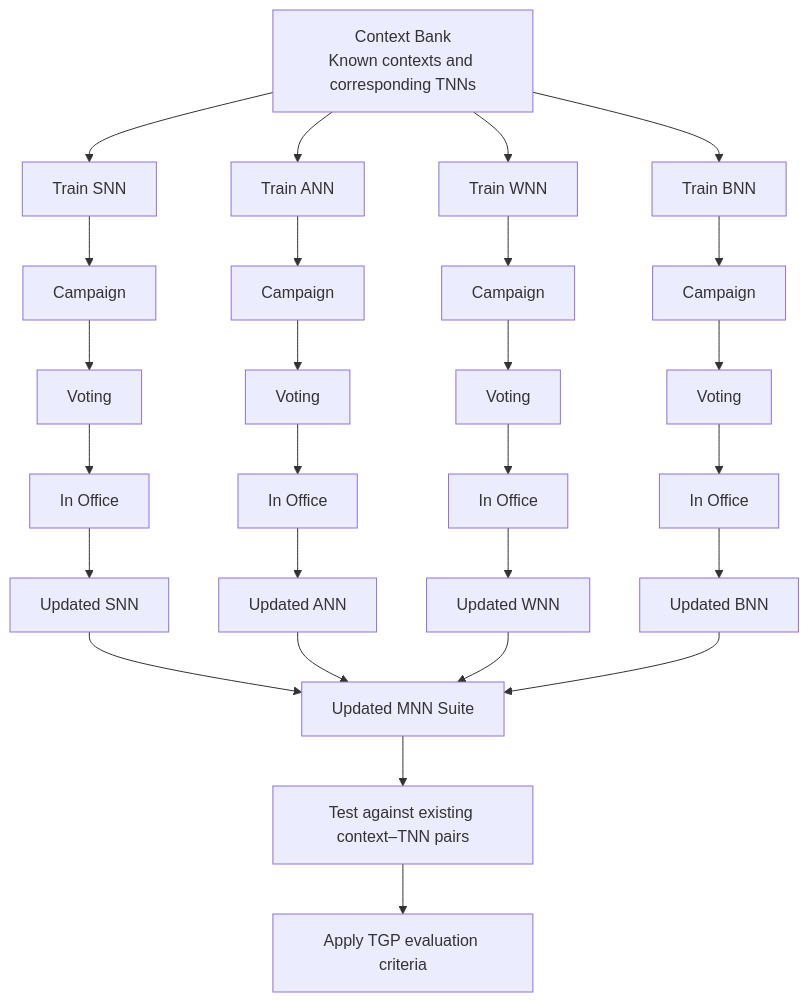
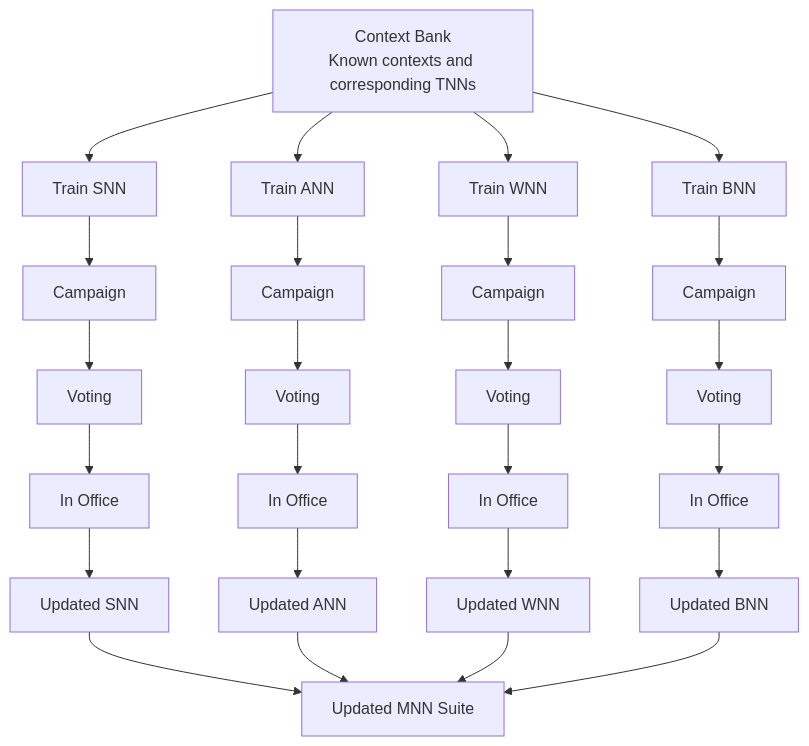
The third of 3 diagrams in README.md (ghetea-patrick/jitml), drawn with Mermaid before and after one commit.

Commit message:
Update README by removing validation details
Removed validation and criteria references from README.

````diff
--- a/README.md
+++ b/README.md
@@ -112,22 +112,19 @@
 ```mermaid
 flowchart TD
     Bank["Context Bank<br/>Known contexts and corresponding TNNs"]
 
     Bank --> TrainSNN["Train SNN"]
     Bank --> TrainANN["Train ANN"]
     Bank --> TrainWNN["Train WNN"]
     Bank --> TrainBNN["Train BNN"]
 
     TrainSNN --> CampaignSNN["Campaign"] --> VotingSNN["Voting"] --> OfficeSNN["In Office"] --> SNN["Updated SNN"]
     TrainANN --> CampaignANN["Campaign"] --> VotingANN["Voting"] --> OfficeANN["In Office"] --> ANN["Updated ANN"]
     TrainWNN --> CampaignWNN["Campaign"] --> VotingWNN["Voting"] --> OfficeWNN["In Office"] --> WNN["Updated WNN"]
     TrainBNN --> CampaignBNN["Campaign"] --> VotingBNN["Voting"] --> OfficeBNN["In Office"] --> BNN["Updated BNN"]
 
     SNN --> Suite["Updated MNN Suite"]
     ANN --> Suite
     WNN --> Suite
     BNN --> Suite
-
-    Suite --> Validation["Test against existing context–TNN pairs"]
-    Validation --> Criteria["Apply TGP evaluation criteria"]
 ```
````
